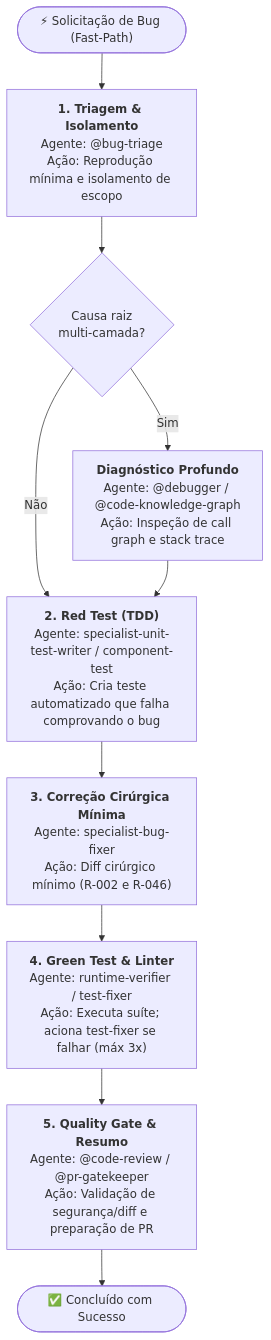
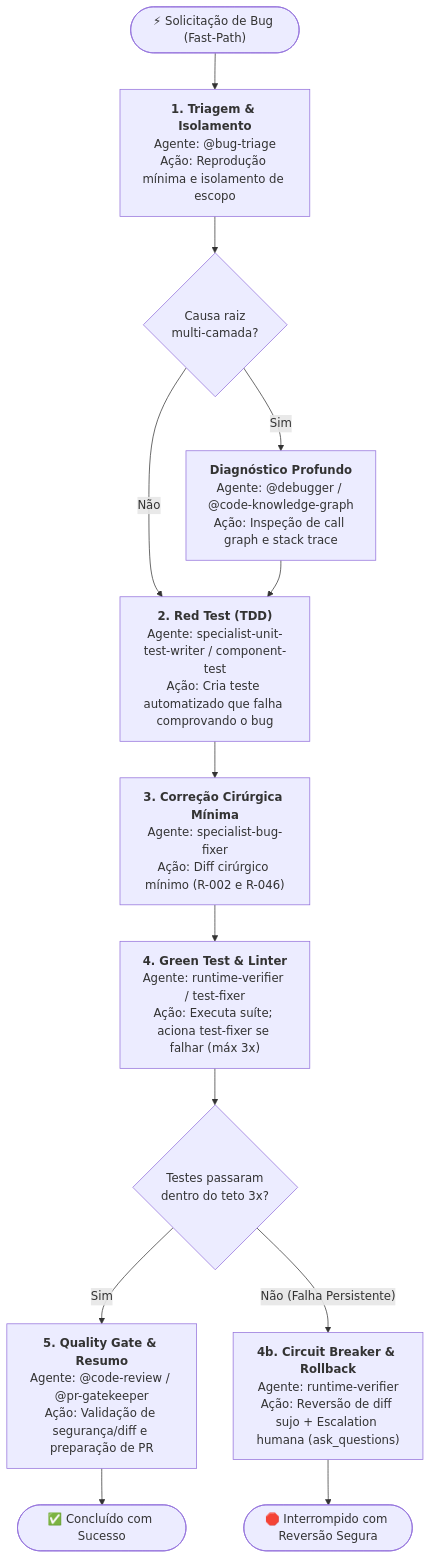
Before and after one commit to jezreel8858/deep-agents-copilot: the second of 6 diagrams in .github/agents/workflows.md, drawn with Mermaid. The commit also changed other lines of this file and 10 other files, not shown here.

````diff
--- a/.github/agents/workflows.md
+++ b/.github/agents/workflows.md
@@ -51,17 +51,20 @@
 ```mermaid
 flowchart TD
     Start(["⚡ Solicitação de Bug (Fast-Path)"]) --> Triage["<b>1. Triagem & Isolamento</b><br/>Agente: @bug-triage<br/>Ação: Reprodução mínima e isolamento de escopo"]
 
     Triage --> CheckDiag{"Causa raiz<br/>multi-camada?"}
     CheckDiag -- "Sim" --> Diagnosis["<b>Diagnóstico Profundo</b><br/>Agente: @debugger / @code-knowledge-graph<br/>Ação: Inspeção de call graph e stack trace"]
     CheckDiag -- "Não" --> RedTest["<b>2. Red Test (TDD)</b><br/>Agente: specialist-unit-test-writer / component-test<br/>Ação: Cria teste automatizado que falha comprovando o bug"]
     Diagnosis --> RedTest
 
     RedTest --> Fix["<b>3. Correção Cirúrgica Mínima</b><br/>Agente: specialist-bug-fixer<br/>Ação: Diff cirúrgico mínimo (R-002 e R-046)"]
 
     Fix --> GreenTest["<b>4. Green Test & Linter</b><br/>Agente: runtime-verifier / test-fixer<br/>Ação: Executa suíte; aciona test-fixer se falhar (máx 3x)"]
 
-    GreenTest --> QualityGate["<b>5. Quality Gate & Resumo</b><br/>Agente: @code-review / @pr-gatekeeper<br/>Ação: Validação de segurança/diff e preparação de PR"]
+    GreenTest --> CheckPass{"Testes passaram<br/>dentro do teto 3x?"}
+    CheckPass -- "Sim" --> QualityGate["<b>5. Quality Gate & Resumo</b><br/>Agente: @code-review / @pr-gatekeeper<br/>Ação: Validação de segurança/diff e preparação de PR"]
+    CheckPass -- "Não (Falha Persistente)" --> CircuitBreaker["<b>4b. Circuit Breaker & Rollback</b><br/>Agente: runtime-verifier<br/>Ação: Reversão de diff sujo + Escalation humana (ask_questions)"]
 
     QualityGate --> EndBug(["✅ Concluído com Sucesso"])
+    CircuitBreaker --> EndFail(["🛑 Interrompido com Reversão Segura"])
 ```
````
